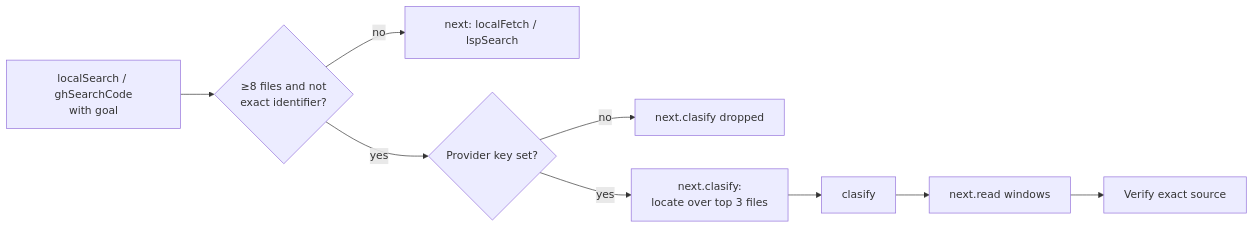
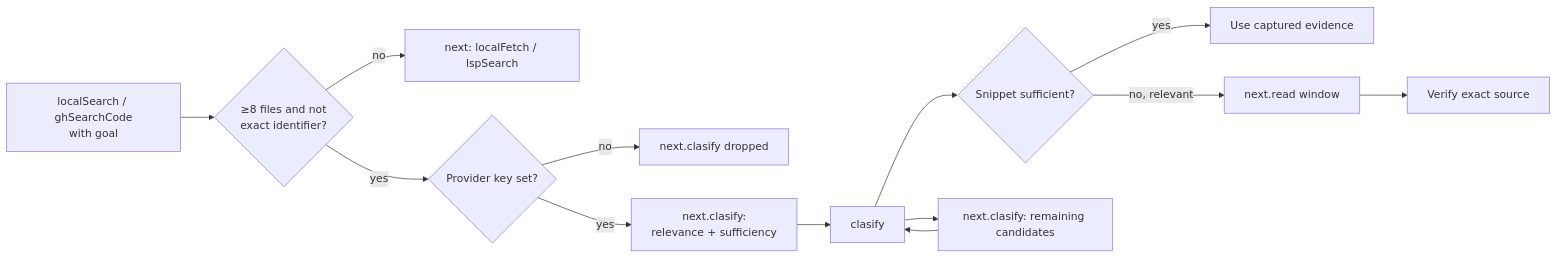
The fourth of 4 diagrams in docs/OCTOCODE_CLASIFY.md (bgauryy/octocode), drawn with Mermaid before and after one commit. The commit also changed other lines of this file and 112 other files, not shown here.

````diff
--- a/docs/OCTOCODE_CLASIFY.md
+++ b/docs/OCTOCODE_CLASIFY.md
@@ -147,11 +147,15 @@
 ```mermaid
 flowchart LR
     S["localSearch / ghSearchCode<br/>with goal"] --> W{"≥8 files and not<br/>exact identifier?"}
     W -- no --> N["next: localFetch / lspSearch"]
     W -- yes --> K{Provider key set?}
     K -- no --> DROP[next.clasify dropped]
-    K -- yes --> H["next.clasify:<br/>locate over top 3 files"]
+    K -- yes --> H["next.clasify:<br/>relevance + sufficiency"]
     H --> C[clasify]
-    C --> R["next.read windows"]
+    C --> Q{Snippet sufficient?}
+    Q -- yes --> E[Use captured evidence]
+    Q -- no, relevant --> R["next.read window"]
+    C --> P["next.clasify: remaining candidates"]
+    P --> C
     R --> V[Verify exact source]
 ```
````
